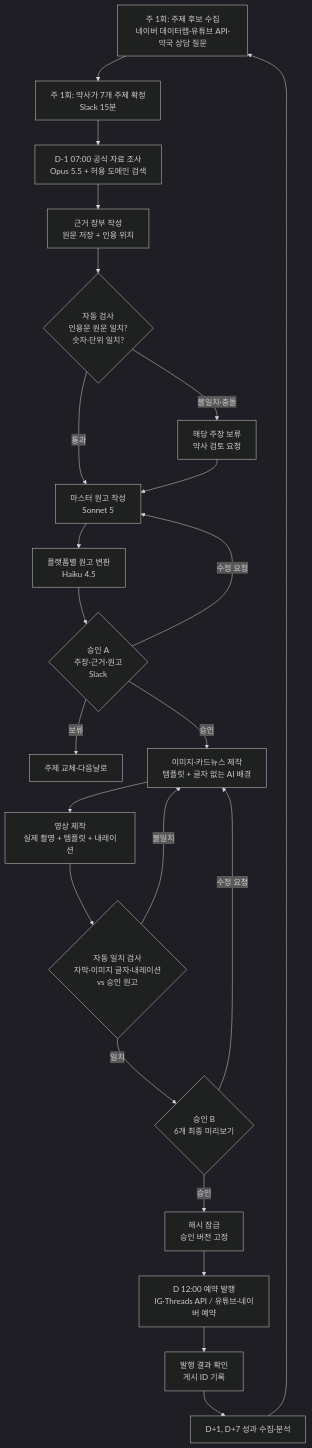
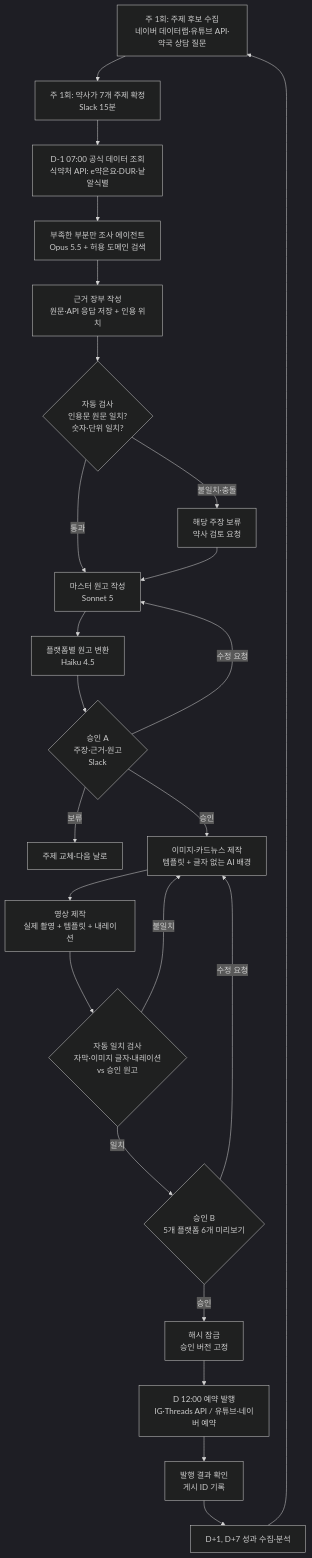
The first of 7 diagrams in docs/content-system-design.md (wsh7254-cloud/SY-Medi), drawn with Mermaid (dark theme) before and after one commit. The commit also changed other lines of this file and 1 other file, not shown here.

````diff
--- a/docs/content-system-design.md
+++ b/docs/content-system-design.md
@@ -102,25 +155,26 @@
 ```mermaid
 flowchart TD
     W["주 1회: 주제 후보 수집<br/>네이버 데이터랩·유튜브 API·약국 상담 질문"] --> P["주 1회: 약사가 7개 주제 확정<br/>Slack 15분"]
-    P --> R["D-1 07:00 공식 자료 조사<br/>Opus 5.5 + 허용 도메인 검색"]
-    R --> L["근거 장부 작성<br/>원문 저장 + 인용 위치"]
+    P --> R0["D-1 07:00 공식 데이터 조회<br/>식약처 API: e약은요·DUR·낱알식별"]
+    R0 --> R["부족한 부분만 조사 에이전트<br/>Opus 5.5 + 허용 도메인 검색"]
+    R --> L["근거 장부 작성<br/>원문·API 응답 저장 + 인용 위치"]
     L --> V{"자동 검사<br/>인용문 원문 일치?<br/>숫자·단위 일치?"}
     V -- "불일치·충돌" --> H["해당 주장 보류<br/>약사 검토 요청"]
     V -- "통과" --> M["마스터 원고 작성<br/>Sonnet 5"]
     H --> M
     M --> C["플랫폼별 원고 변환<br/>Haiku 4.5"]
     C --> GA{"승인 A<br/>주장·근거·원고<br/>Slack"}
     GA -- "수정 요청" --> M
-    GA -- "보류" --> X["주제 교체·다음날로"]
+    GA -- "보류" --> X["주제 교체·다음 날로"]
     GA -- "승인" --> I["이미지·카드뉴스 제작<br/>템플릿 + 글자 없는 AI 배경"]
     I --> VD["영상 제작<br/>실제 촬영 + 템플릿 + 내레이션"]
     VD --> Q{"자동 일치 검사<br/>자막·이미지 글자·내레이션<br/>vs 승인 원고"}
     Q -- "불일치" --> I
-    Q -- "일치" --> GB{"승인 B<br/>6개 최종 미리보기"}
+    Q -- "일치" --> GB{"승인 B<br/>5개 플랫폼 6개 미리보기"}
     GB -- "수정 요청" --> I
     GB -- "승인" --> K["해시 잠금<br/>승인 버전 고정"]
     K --> PUB["D 12:00 예약 발행<br/>IG·Threads API / 유튜브·네이버 예약"]
     PUB --> CHK["발행 결과 확인<br/>게시 ID 기록"]
     CHK --> AN["D+1, D+7 성과 수집·분석"]
     AN --> W
 ```
````
